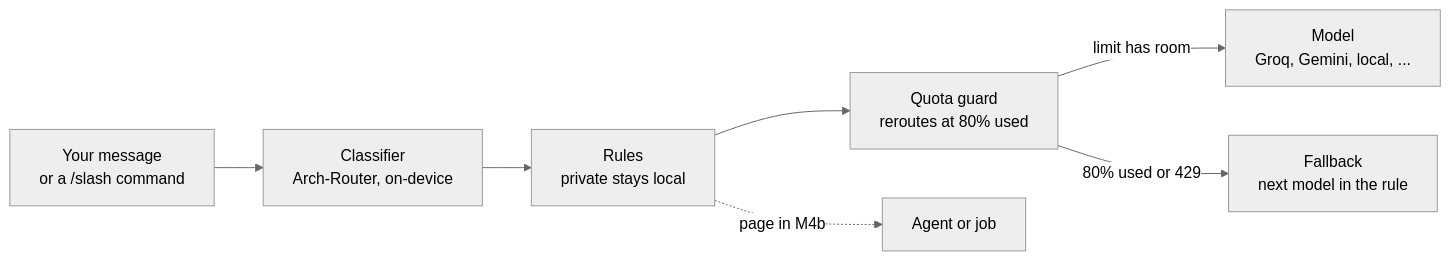
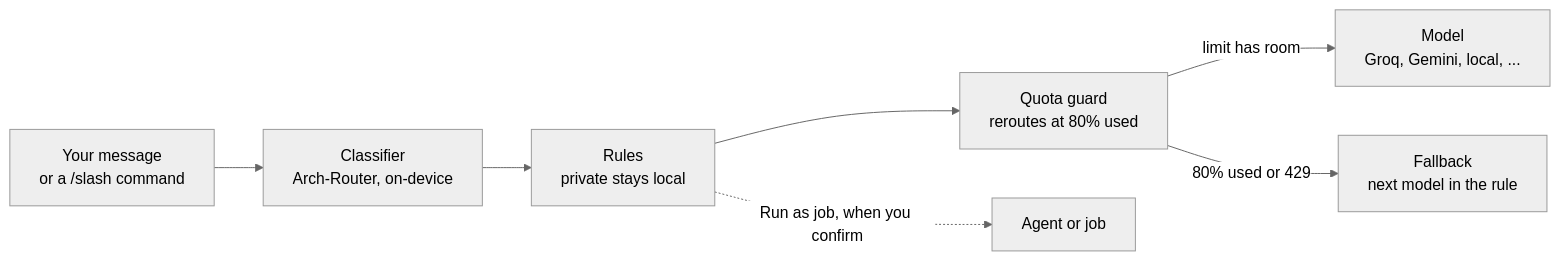
The diagram in README.md (DevelopingGod/switchboard), drawn with Mermaid (neutral theme) before and after one commit. The commit also changed other lines of this file and 142 other files, not shown here.

First line of the commit message:
M4b: Jobs page and agent fleet (Run as job, live log, plan/diff review, Projects), /chat Lighthouse fix (#13)

````diff
--- a/README.md
+++ b/README.md
@@ -48,9 +48,9 @@
 ```mermaid
 flowchart LR
   M["Your message<br/>or a /slash command"] --> C["Classifier<br/>Arch-Router, on-device"]
   C --> R["Rules<br/>private stays local"]
   R --> Q["Quota guard<br/>reroutes at 80% used"]
   Q -->|"limit has room"| P["Model<br/>Groq, Gemini, local, ..."]
   Q -->|"80% used or 429"| F["Fallback<br/>next model in the rule"]
-  R -.->|"page in M4b"| A["Agent or job"]
+  R -.->|"Run as job, when you confirm"| A["Agent or job"]
 ```
````
